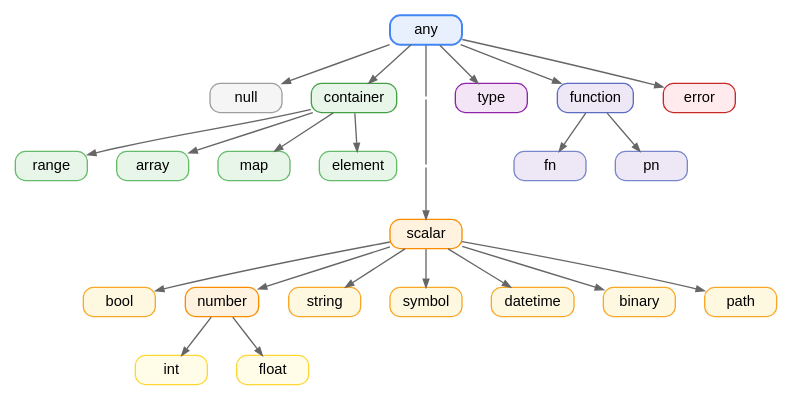
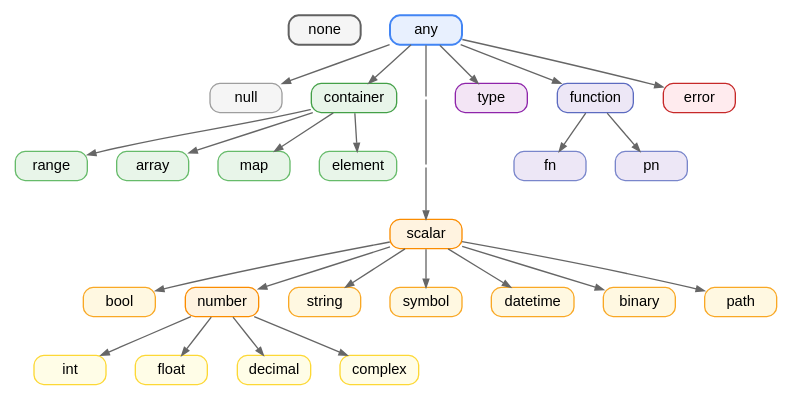
The diagram in doc/img/type_hierarchy.dot (henry-luo/lambda), drawn with Graphviz before and after one commit. The commit also changed 2 other files, not shown here.

Commit message:
type hierarchy update

```diff
--- a/doc/img/type_hierarchy.dot
+++ b/doc/img/type_hierarchy.dot
@@ -1,115 +1,129 @@
 digraph TypeHierarchy {
     // Layout
     rankdir=TB;
     nodesep=0.3;
     ranksep=0.4;
     
     // Global node style
     node [
         shape=box,
         style="rounded,filled",
         fontname="Helvetica",
         fontsize=11,
         height=0.3,
         margin="0.08,0.04"
     ];
     
     edge [
         arrowsize=0.6,
         color="#666666"
     ];
 
     // Top type
     any [fillcolor="#E8F0FE", color="#4285F4", penwidth=1.5];
+
+    // Bottom type, beside any (top left)
+    none [fillcolor="#F5F5F5", color="#616161", penwidth=1.5];
 
     // Waypoint nodes for straight any→scalar center line (zero-size)
     dot1 [shape=point, width=0, height=0];
     dot2 [shape=point, width=0, height=0];
 
     // Level 1 children of any
     scalar [fillcolor="#FFF3E0", color="#FB8C00"];
     container [fillcolor="#E8F5E9", color="#43A047"];
     type [fillcolor="#F3E5F5", color="#8E24AA"];
     function [fillcolor="#EDE7F6", color="#5C6BC0"];
     error [fillcolor="#FFEBEE", color="#C62828"];
 
     // Scalar subtypes
     null [fillcolor="#F5F5F5", color="#9E9E9E"];
     bool [fillcolor="#FFF8E1", color="#F9A825"];
     number [fillcolor="#FFF3E0", color="#FB8C00"];
     string [fillcolor="#FFF8E1", color="#F9A825"];
     symbol [fillcolor="#FFF8E1", color="#F9A825"];
     datetime [fillcolor="#FFF8E1", color="#F9A825"];
     binary [fillcolor="#FFF8E1", color="#F9A825"];
     path [fillcolor="#FFF8E1", color="#F9A825"];
 
     // Number subtypes
     int [fillcolor="#FFFDE7", color="#FDD835"];
     float [fillcolor="#FFFDE7", color="#FDD835"];
+    decimal [fillcolor="#FFFDE7", color="#FDD835"];
+    complex [fillcolor="#FFFDE7", color="#FDD835"];
 
     // Container subtypes
     range [fillcolor="#E8F5E9", color="#66BB6A"];
     array [fillcolor="#E8F5E9", color="#66BB6A"];
     map [fillcolor="#E8F5E9", color="#66BB6A"];
     element [fillcolor="#E8F5E9", color="#66BB6A"];
 
     // Function subtypes
     fn [fillcolor="#EDE7F6", color="#7986CB"];
     pn [fillcolor="#EDE7F6", color="#7986CB"];
 
     // Center line: any → dot1 → dot2 → scalar (straight vertical)
     any -> dot1 [arrowhead=none, weight=100];
     dot1 -> dot2 [arrowhead=none, weight=100];
     dot2 -> scalar [weight=100];
 
     // Left branch: container
     any -> container;
     container -> range;
     container -> array;
     container -> map;
     container -> element;
 
     // Right branches: type, function, error, null
     any -> function;
     any -> type;
     any -> error;
     any -> null;
     function -> pn;
     function -> fn;
     
     
     // Scalar -> subtypes
     scalar -> bool;
     scalar -> number;
     scalar -> string;
     scalar -> symbol;
+    scalar -> path;
     scalar -> datetime;
     scalar -> binary;
-    scalar -> path;
 
     // Number subtypes
     number -> int;
     number -> float;
+    number -> decimal;
+    number -> complex;
+
+    {rank=same; none; any}
+    none -> any [style=invis];
 
     // Rank hints — left | center | right at each level
     {rank=same; null; container; dot1; function; type; error}
     {rank=same; range; array; map; element; dot2; fn; pn}
     {rank=same; scalar}
-    {rank=same; bool; number; string; symbol; datetime; binary; path}
-    {rank=same; int; float}
+    {rank=same; bool; number; string; symbol; path; datetime; binary}
+    {rank=same; int; float; decimal; complex}
 
     // Invisible ordering edges for left-to-right positioning
     // Level 1: null | container | [dot1] | type | function | error
     null -> container [style=invis];
     container -> dot1 [style=invis];
     dot1 -> type [style=invis];
     type -> function [style=invis];
     function -> error [style=invis];
     // Level 2: range | array | map | element | [dot2] | pn | fn
     range -> array [style=invis];
     array -> map [style=invis];
     map -> element [style=invis];
     element -> dot2 [style=invis];
     dot2 -> fn [style=invis, minlen=3];
     fn -> pn [style=invis];
+    // Level 4: int | float | decimal | complex
+    int -> float [style=invis];
+    float -> decimal [style=invis];
+    decimal -> complex [style=invis];
 }
```
